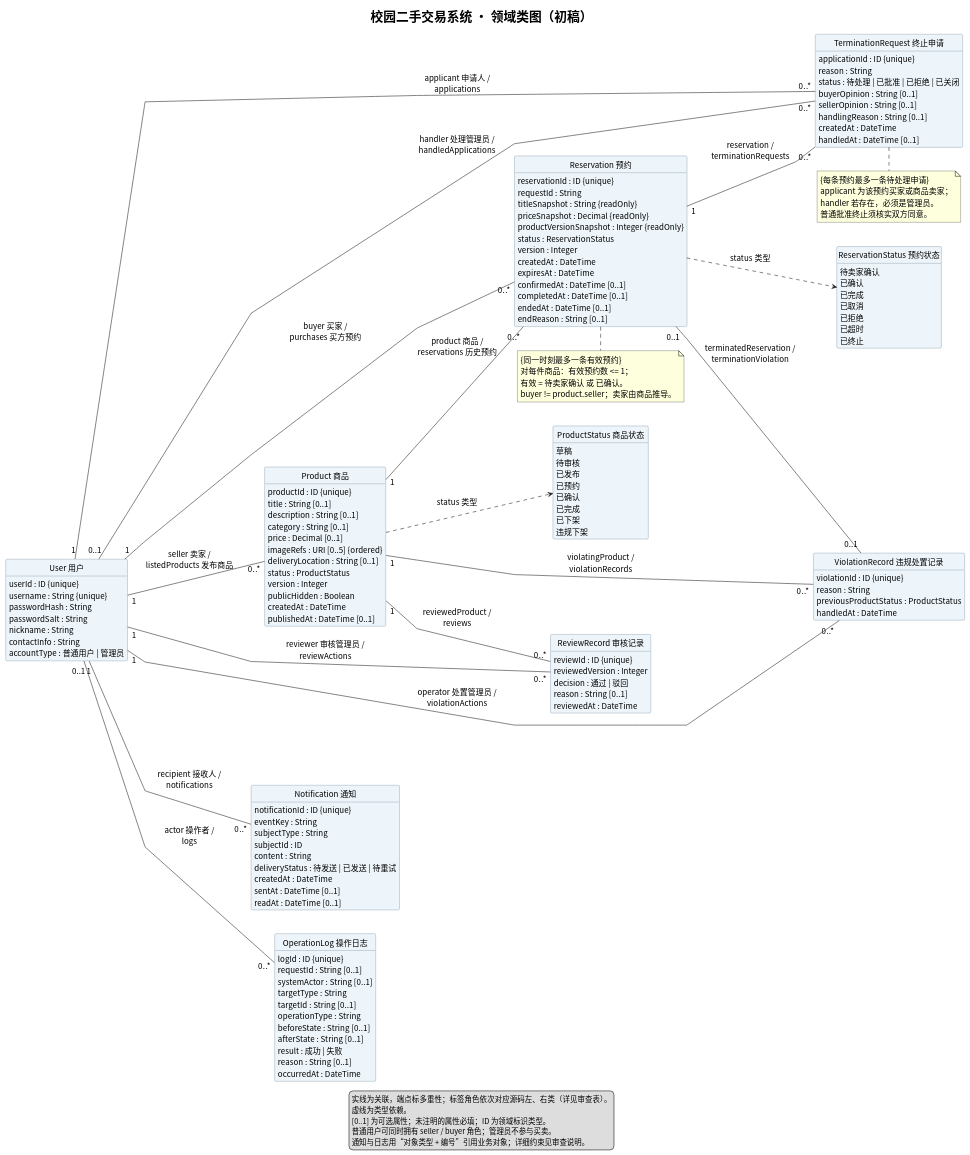
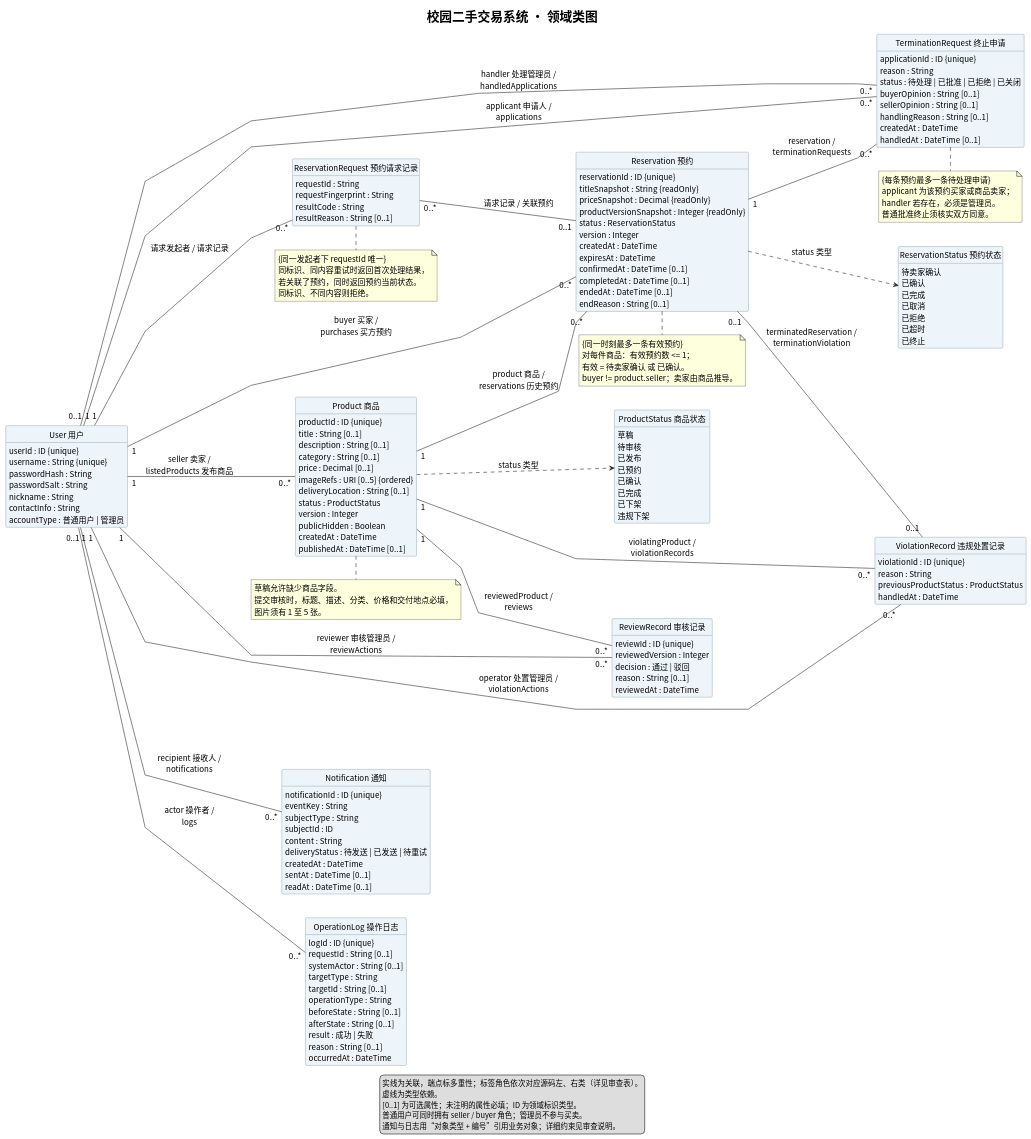
The diagram in UML/类图.puml (Fracwtx/se-lab2), drawn with PlantUML before and after one commit. The commit also changed 1 other file, not shown here.

```diff
--- a/UML/类图.puml
+++ b/UML/类图.puml
@@ -1,159 +1,177 @@
 @startuml
-' 领域类图初稿；设计推断与约束详见 类图审查说明.md
+' 领域类图；设计推断与约束详见 类图审查说明.md
 skinparam defaultFontName Noto Sans CJK SC
 skinparam defaultFontSize 15
 skinparam titleFontSize 24
 skinparam shadowing false
 skinparam classAttributeIconSize 0
 skinparam linetype polyline
 skinparam minClassWidth 180
 skinparam nodesep 45
 skinparam ranksep 65
 skinparam classBackgroundColor #EEF5FA
 skinparam classBorderColor #486581
 hide methods
 hide circle
 left to right direction
-title 校园二手交易系统 · 领域类图（初稿）
+title 校园二手交易系统 · 领域类图
 
 class "User 用户" as User {
  userId : ID {unique}
  username : String {unique}
  passwordHash : String
  passwordSalt : String
  nickname : String
  contactInfo : String
  accountType : 普通用户 | 管理员
 }
 class "Product 商品" as Product {
  productId : ID {unique}
  title : String [0..1]
  description : String [0..1]
  category : String [0..1]
  price : Decimal [0..1]
  imageRefs : URI [0..5] {ordered}
  deliveryLocation : String [0..1]
  status : ProductStatus
  version : Integer
  publicHidden : Boolean
  createdAt : DateTime
  publishedAt : DateTime [0..1]
 }
 class "Reservation 预约" as Reservation {
  reservationId : ID {unique}
- requestId : String
  titleSnapshot : String {readOnly}
  priceSnapshot : Decimal {readOnly}
  productVersionSnapshot : Integer {readOnly}
  status : ReservationStatus
  version : Integer
  createdAt : DateTime
  expiresAt : DateTime
  confirmedAt : DateTime [0..1]
  completedAt : DateTime [0..1]
  endedAt : DateTime [0..1]
  endReason : String [0..1]
+}
+class "ReservationRequest 预约请求记录" as ReservationRequest {
+ requestId : String
+ requestFingerprint : String
+ resultCode : String
+ resultReason : String [0..1]
 }
 class "ReviewRecord 审核记录" as ReviewRecord {
  reviewId : ID {unique}
  reviewedVersion : Integer
  decision : 通过 | 驳回
  reason : String [0..1]
  reviewedAt : DateTime
 }
 class "TerminationRequest 终止申请" as TerminationRequest {
  applicationId : ID {unique}
  reason : String
  status : 待处理 | 已批准 | 已拒绝 | 已关闭
  buyerOpinion : String [0..1]
  sellerOpinion : String [0..1]
  handlingReason : String [0..1]
  createdAt : DateTime
  handledAt : DateTime [0..1]
 }
 class "ViolationRecord 违规处置记录" as ViolationRecord {
  violationId : ID {unique}
  reason : String
  previousProductStatus : ProductStatus
  handledAt : DateTime
 }
 class "Notification 通知" as Notification {
  notificationId : ID {unique}
  eventKey : String
  subjectType : String
  subjectId : ID
  content : String
  deliveryStatus : 待发送 | 已发送 | 待重试
  createdAt : DateTime
  sentAt : DateTime [0..1]
  readAt : DateTime [0..1]
 }
 class "OperationLog 操作日志" as OperationLog {
  logId : ID {unique}
  requestId : String [0..1]
  systemActor : String [0..1]
  targetType : String
  targetId : String [0..1]
  operationType : String
  beforeState : String [0..1]
  afterState : String [0..1]
  result : 成功 | 失败
  reason : String [0..1]
  occurredAt : DateTime
 }
 enum "ProductStatus 商品状态" as ProductStatus {
  草稿
  待审核
  已发布
  已预约
  已确认
  已完成
  已下架
  违规下架
 }
 enum "ReservationStatus 预约状态" as ReservationStatus {
  待卖家确认
  已确认
  已完成
  已取消
  已拒绝
  已超时
  已终止
 }
 
 User "1" -- "0..*" Product : seller 卖家 /\nlistedProducts 发布商品
 User "1" -- "0..*" Reservation : buyer 买家 /\npurchases 买方预约
 Product "1" -- "0..*" Reservation : product 商品 /\nreservations 历史预约
 Product "1" -- "0..*" ReviewRecord : reviewedProduct /\nreviews
 User "1" -- "0..*" ReviewRecord : reviewer 审核管理员 /\nreviewActions
 Reservation "1" -- "0..*" TerminationRequest : reservation /\nterminationRequests
 User "1" -- "0..*" TerminationRequest : applicant 申请人 /\napplications
 User "0..1" -- "0..*" TerminationRequest : handler 处理管理员 /\nhandledApplications
 Product "1" -- "0..*" ViolationRecord : violatingProduct /\nviolationRecords
 User "1" -- "0..*" ViolationRecord : operator 处置管理员 /\nviolationActions
 Reservation "0..1" -- "0..1" ViolationRecord : terminatedReservation /\nterminationViolation
 User "1" -- "0..*" Notification : recipient 接收人 /\nnotifications
 User "0..1" -- "0..*" OperationLog : actor 操作者 /\nlogs
+User "1" -- "0..*" ReservationRequest : 请求发起者 / 请求记录
+ReservationRequest "0..*" -- "0..1" Reservation : 请求记录 / 关联预约
 Product ..> ProductStatus : status 类型
 Reservation ..> ReservationStatus : status 类型
 
+note bottom of Product
+  草稿允许缺少商品字段。
+  提交审核时，标题、描述、分类、价格和交付地点必填，
+  图片须有 1 至 5 张。
+end note
 note bottom of Reservation
  {同一时刻最多一条有效预约}
  对每件商品：有效预约数 <= 1；
  有效 = 待卖家确认 或 已确认。
  buyer != product.seller；卖家由商品推导。
 end note
 note bottom of TerminationRequest
  {每条预约最多一条待处理申请}
  applicant 为该预约买家或商品卖家；
  handler 若存在，必须是管理员。
  普通批准终止须核实双方同意。
 end note
+note bottom of ReservationRequest
+  {同一发起者下 requestId 唯一}
+  同标识、同内容重试时返回首次处理结果，
+  若关联了预约，同时返回预约当前状态。
+  同标识、不同内容则拒绝。
+end note
 legend bottom
   实线为关联，端点标多重性；标签角色依次对应源码左、右类（详见审查表）。
   虚线为类型依赖。
   [0..1] 为可选属性；未注明的属性必填；ID 为领域标识类型。
   普通用户可同时拥有 seller / buyer 角色；管理员不参与买卖。
   通知与日志用“对象类型 + 编号”引用业务对象；详细约束见审查说明。
 endlegend
 @enduml
```
